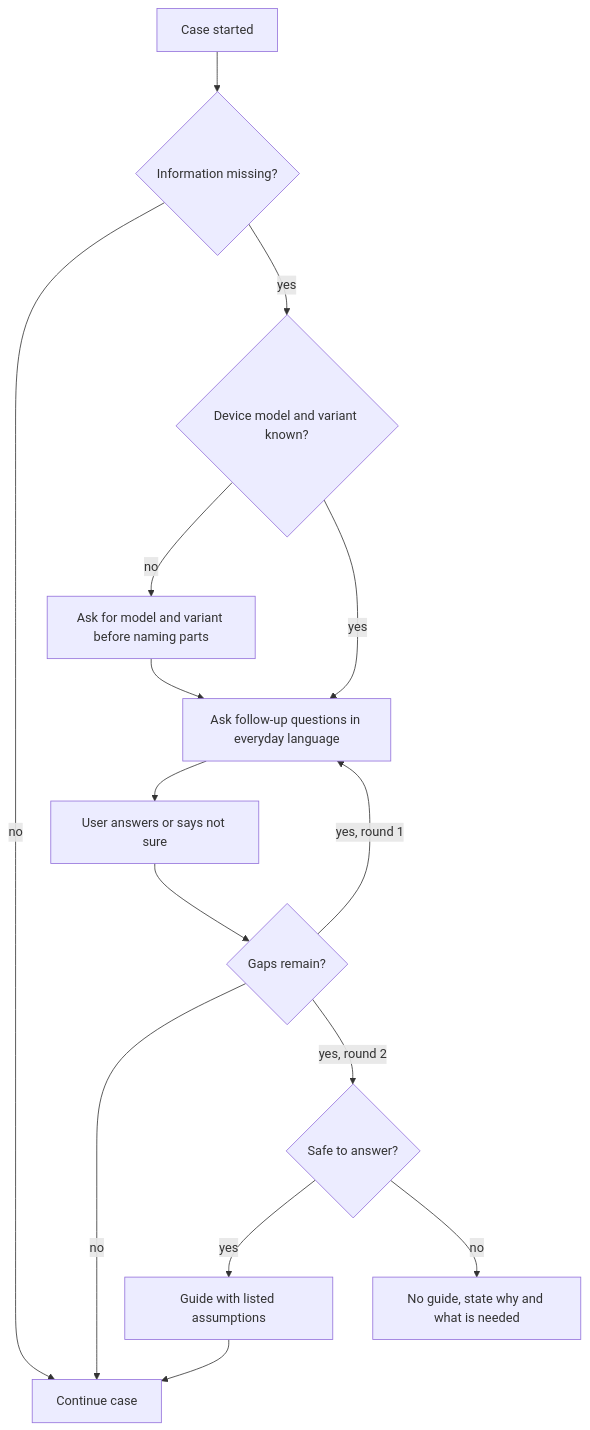
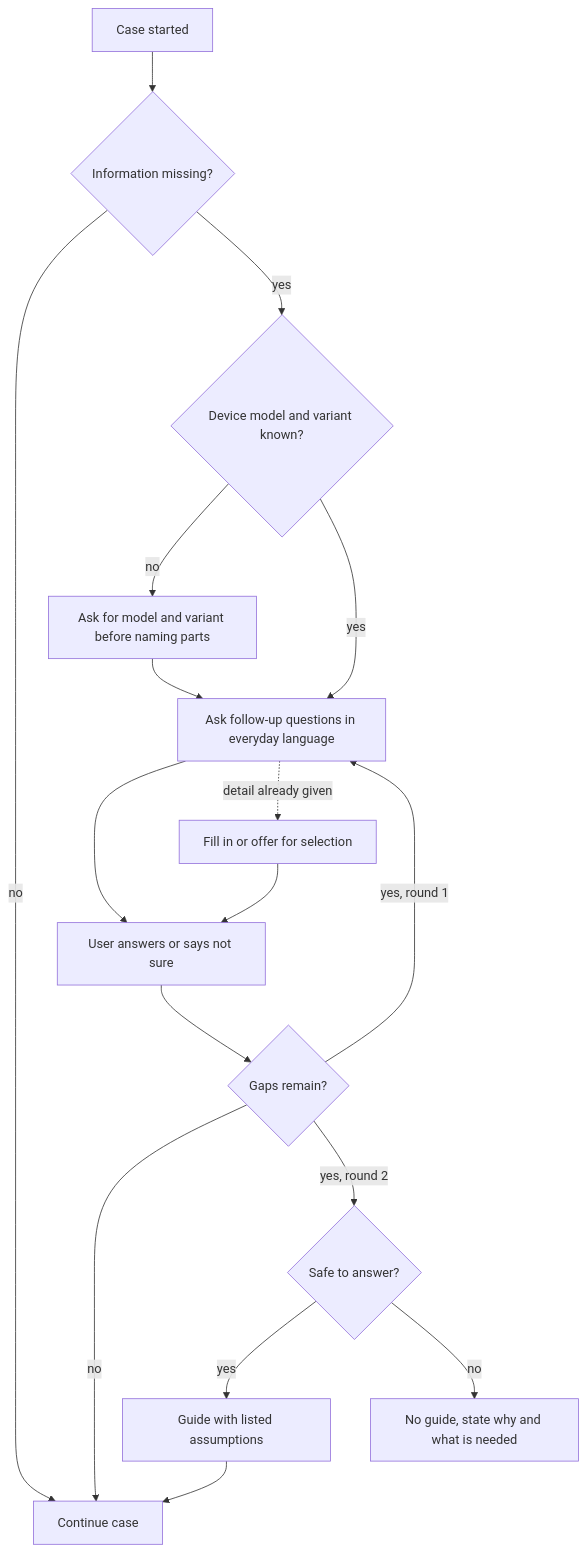
Before and after one commit to mrh421/Applied_AI_DAIY: the diagram in docs/use-cases/UC-002-clarify-missing-information.md, drawn with Mermaid. The commit also changed other lines of this file and 6 other files, not shown here.

````diff
--- a/docs/use-cases/UC-002-clarify-missing-information.md
+++ b/docs/use-cases/UC-002-clarify-missing-information.md
@@ -54,17 +57,19 @@
 ```mermaid
 flowchart TD
     A[Case started] --> B{Information missing?}
     B -- no --> Z[Continue case]
     B -- yes --> C{Device model and variant known?}
     C -- no --> D[Ask for model and variant before naming parts]
     C -- yes --> E[Ask follow-up questions in everyday language]
     D --> E
     E --> F[User answers or says not sure]
+    E -. detail already given .-> R[Fill in or offer for selection]
+    R --> F
     F --> G{Gaps remain?}
     G -- no --> Z
     G -- yes, round 1 --> E
     G -- yes, round 2 --> H{Safe to answer?}
     H -- yes --> I[Guide with listed assumptions]
     H -- no --> J[No guide, state why and what is needed]
     I --> Z
 ```
````
